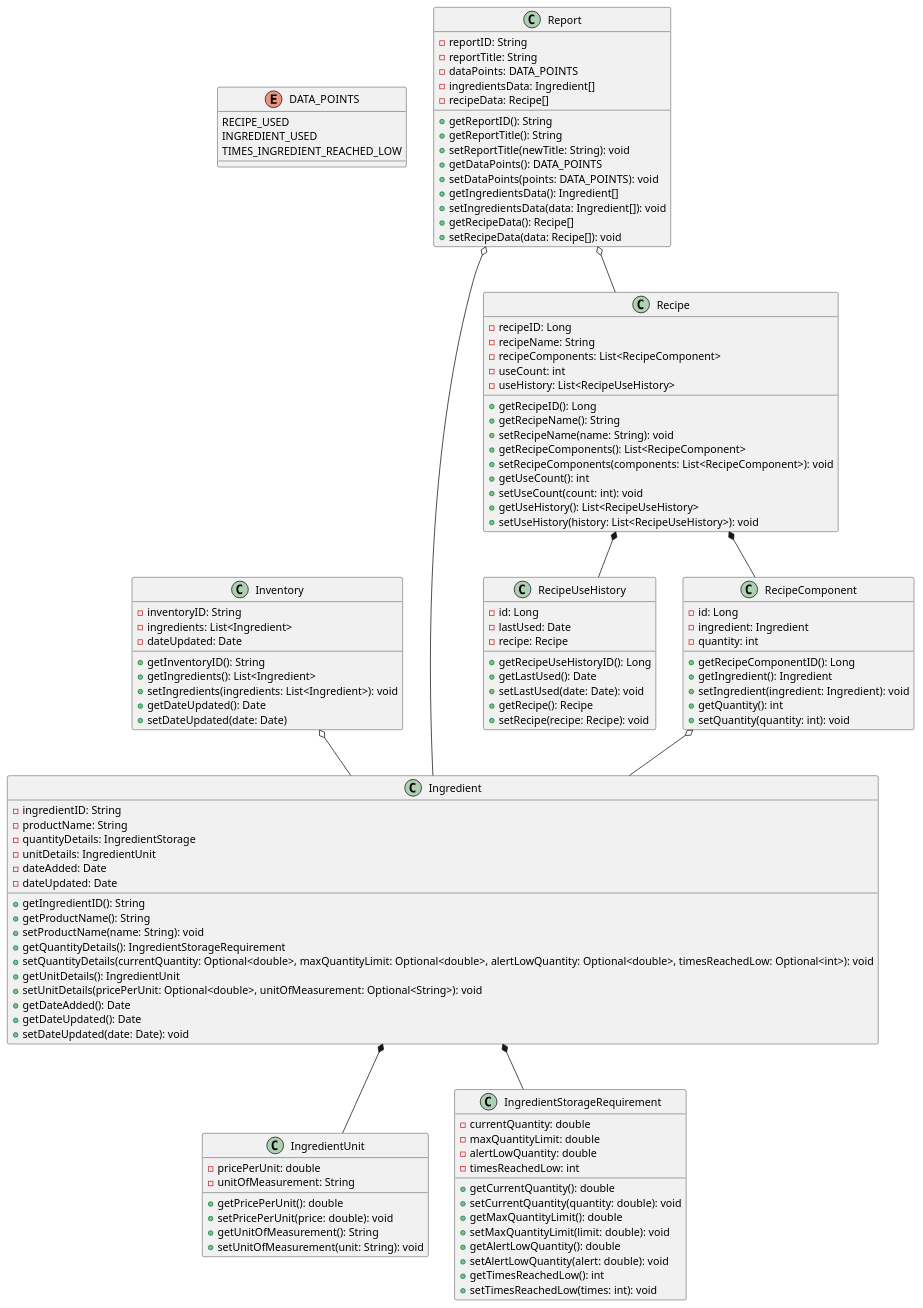
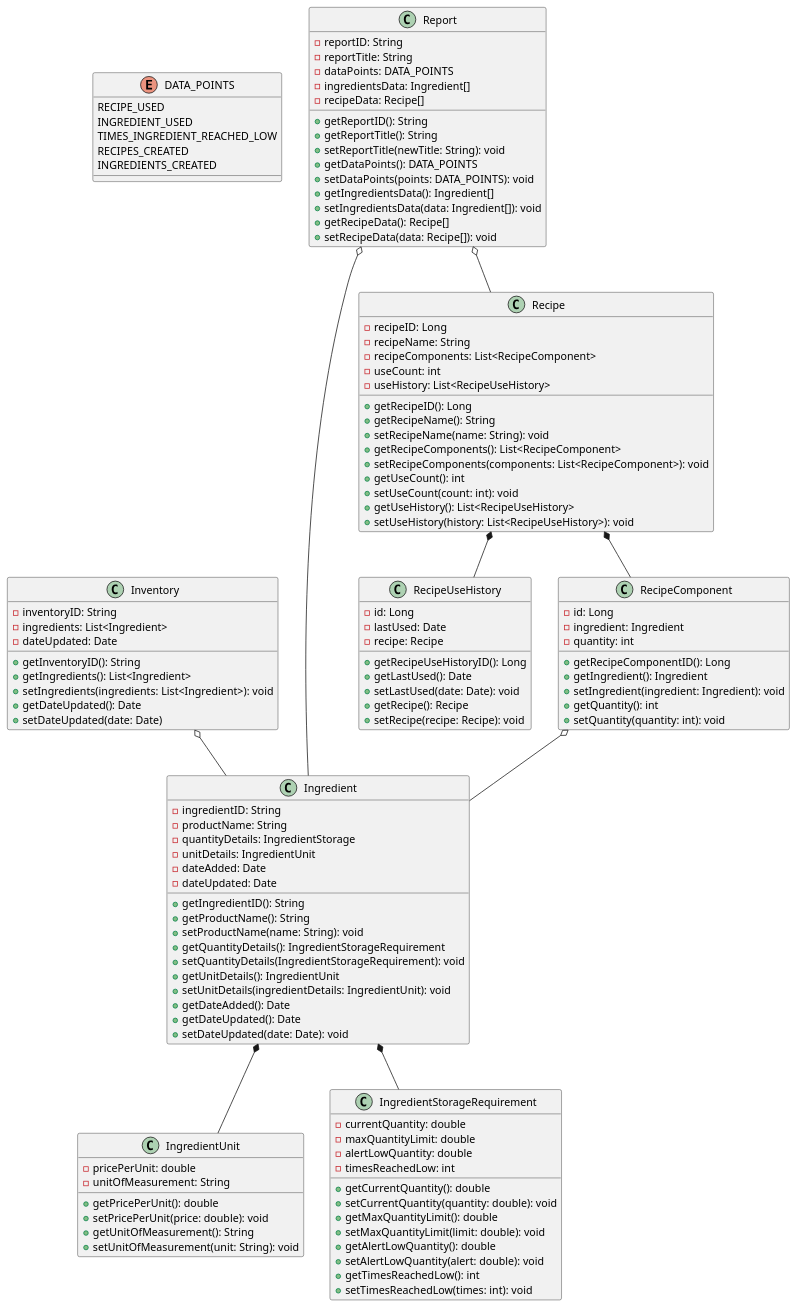
Before and after one commit to AlanCortez1337/cs5800-project: the diagram in backend/src/documentation/classDiagrams/EntitiesModels.puml, drawn with PlantUML. The commit also changed 1 other file, not shown here.

Commit message:
Update class diagram models

```diff
--- a/backend/src/documentation/classDiagrams/EntitiesModels.puml
+++ b/backend/src/documentation/classDiagrams/EntitiesModels.puml
@@ -1,141 +1,143 @@
 @startuml
 'https://plantuml.com/class-diagram
 
 enum DATA_POINTS {
     RECIPE_USED
     INGREDIENT_USED
     TIMES_INGREDIENT_REACHED_LOW
+    RECIPES_CREATED
+    INGREDIENTS_CREATED
 }
 
 class Inventory {
     - inventoryID: String
     - ingredients: List<Ingredient>
     - dateUpdated: Date
 
     + getInventoryID(): String
     + getIngredients(): List<Ingredient>
     + setIngredients(ingredients: List<Ingredient>): void
     + getDateUpdated(): Date
     + setDateUpdated(date: Date)
 }
 
 class Ingredient {
     - ingredientID: String
     - productName: String
     - quantityDetails: IngredientStorage
     - unitDetails: IngredientUnit
     - dateAdded: Date
     - dateUpdated: Date
 
     + getIngredientID(): String
     + getProductName(): String
     + setProductName(name: String): void
     + getQuantityDetails(): IngredientStorageRequirement
-    + setQuantityDetails(currentQuantity: Optional<double>, maxQuantityLimit: Optional<double>, alertLowQuantity: Optional<double>, timesReachedLow: Optional<int>): void
+    + setQuantityDetails(IngredientStorageRequirement): void
     + getUnitDetails(): IngredientUnit
-    + setUnitDetails(pricePerUnit: Optional<double>, unitOfMeasurement: Optional<String>): void
+    + setUnitDetails(ingredientDetails: IngredientUnit): void
     + getDateAdded(): Date
     + getDateUpdated(): Date
     + setDateUpdated(date: Date): void
 }
 
 class IngredientUnit {
     - pricePerUnit: double
     - unitOfMeasurement: String
 
     + getPricePerUnit(): double
     + setPricePerUnit(price: double): void
     + getUnitOfMeasurement(): String
     + setUnitOfMeasurement(unit: String): void
 }
 
 class IngredientStorageRequirement {
     - currentQuantity: double
     - maxQuantityLimit: double
     - alertLowQuantity: double
     - timesReachedLow: int
 
     + getCurrentQuantity(): double
     + setCurrentQuantity(quantity: double): void
     + getMaxQuantityLimit(): double
     + setMaxQuantityLimit(limit: double): void
     + getAlertLowQuantity(): double
     + setAlertLowQuantity(alert: double): void
     + getTimesReachedLow(): int
     + setTimesReachedLow(times: int): void
 }
 
 Inventory o-- Ingredient
 Ingredient *-- IngredientStorageRequirement
 Ingredient *-- IngredientUnit
 
 class Recipe {
     - recipeID: Long
     - recipeName: String
     - recipeComponents: List<RecipeComponent>
     - useCount: int
     - useHistory: List<RecipeUseHistory>
 
     + getRecipeID(): Long
     + getRecipeName(): String
     + setRecipeName(name: String): void
     + getRecipeComponents(): List<RecipeComponent>
     + setRecipeComponents(components: List<RecipeComponent>): void
     + getUseCount(): int
     + setUseCount(count: int): void
     + getUseHistory(): List<RecipeUseHistory>
     + setUseHistory(history: List<RecipeUseHistory>): void
 }
 
 
 class RecipeUseHistory {
     - id: Long
     - lastUsed: Date
     - recipe: Recipe
 
     + getRecipeUseHistoryID(): Long
     + getLastUsed(): Date
     + setLastUsed(date: Date): void
     + getRecipe(): Recipe
     + setRecipe(recipe: Recipe): void
 }
 
 
 class RecipeComponent {
     - id: Long
     - ingredient: Ingredient
     - quantity: int
 
     + getRecipeComponentID(): Long
     + getIngredient(): Ingredient
     + setIngredient(ingredient: Ingredient): void
     + getQuantity(): int
     + setQuantity(quantity: int): void
 }
 
 Recipe *-- RecipeComponent
 Recipe *-- RecipeUseHistory
 RecipeComponent o-- Ingredient
 
 class Report {
     - reportID: String
     - reportTitle: String
     - dataPoints: DATA_POINTS
     - ingredientsData: Ingredient[]
     - recipeData: Recipe[]
 
     + getReportID(): String
     + getReportTitle(): String
     + setReportTitle(newTitle: String): void
     + getDataPoints(): DATA_POINTS
     + setDataPoints(points: DATA_POINTS): void
     + getIngredientsData(): Ingredient[]
     + setIngredientsData(data: Ingredient[]): void
     + getRecipeData(): Recipe[]
     + setRecipeData(data: Recipe[]): void
 }
 
 Report o-- Ingredient
 Report o-- Recipe
 
 @enduml
```
